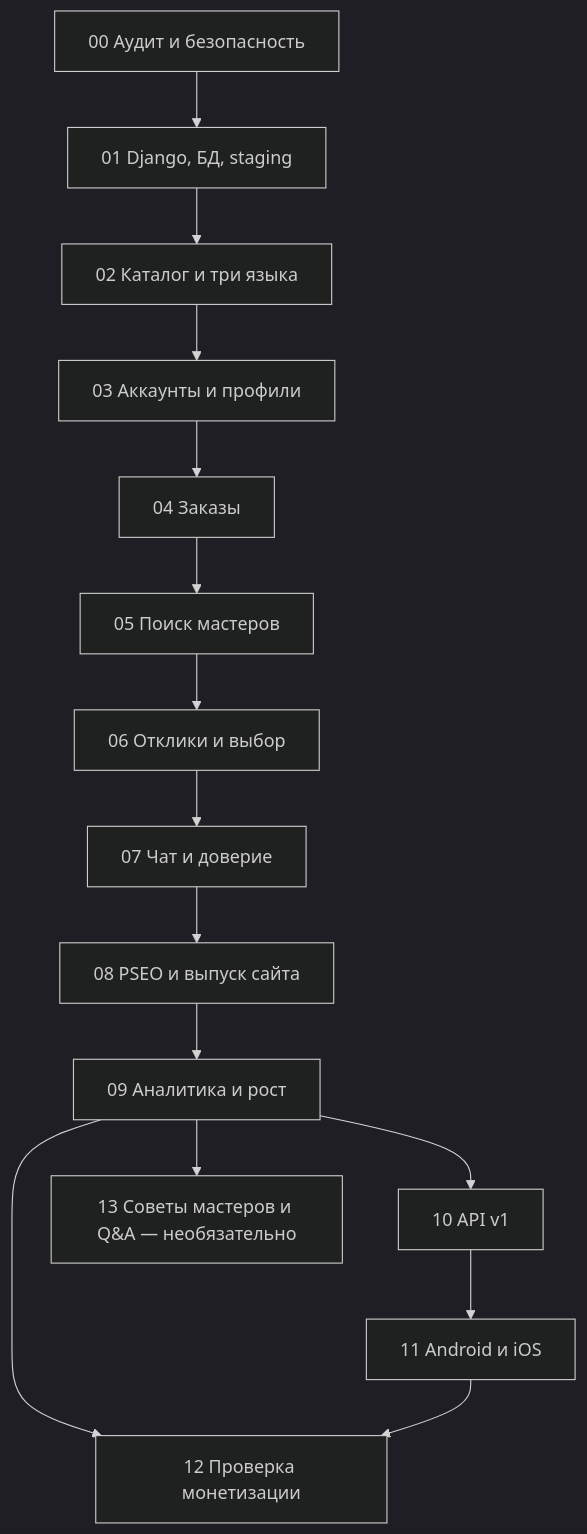
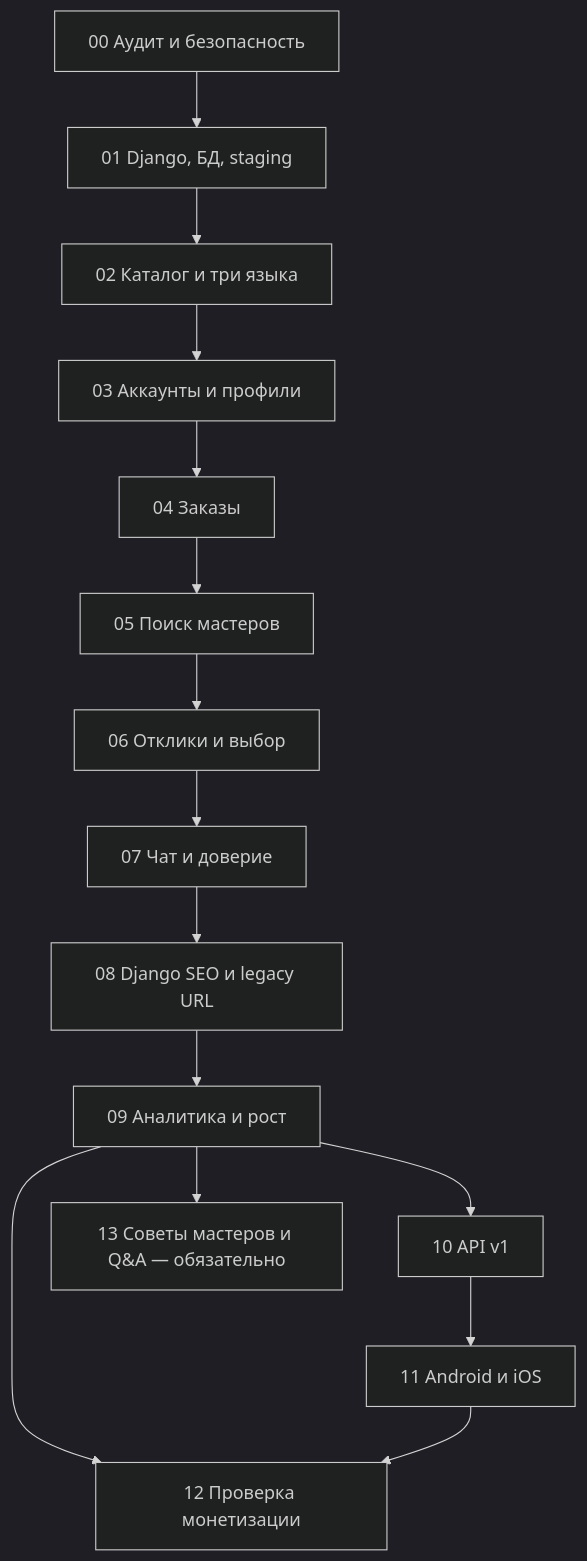
One commit to maxim9362/zemiPro_site_django changed the diagram in docs/ROADMAP.md. Above: the diagram before and after it, drawn with Mermaid (dark theme). The commit also changed other lines of this file and 19 other files, not shown here.

````diff
--- a/docs/ROADMAP.md
+++ b/docs/ROADMAP.md
@@ -74,17 +74,17 @@
 ```mermaid
 flowchart TD
     A[00 Аудит и безопасность] --> B[01 Django, БД, staging]
     B --> C[02 Каталог и три языка]
     C --> D[03 Аккаунты и профили]
     D --> E[04 Заказы]
     E --> F[05 Поиск мастеров]
     F --> G[06 Отклики и выбор]
     G --> H[07 Чат и доверие]
-    H --> I[08 PSEO и выпуск сайта]
+    H --> I[08 Django SEO и legacy URL]
     I --> J[09 Аналитика и рост]
     J --> K[10 API v1]
     K --> L[11 Android и iOS]
     J --> M[12 Проверка монетизации]
-    J --> N[13 Советы мастеров и Q&A — необязательно]
+    J --> N[13 Советы мастеров и Q&A — обязательно]
     L --> M
 ```
````
